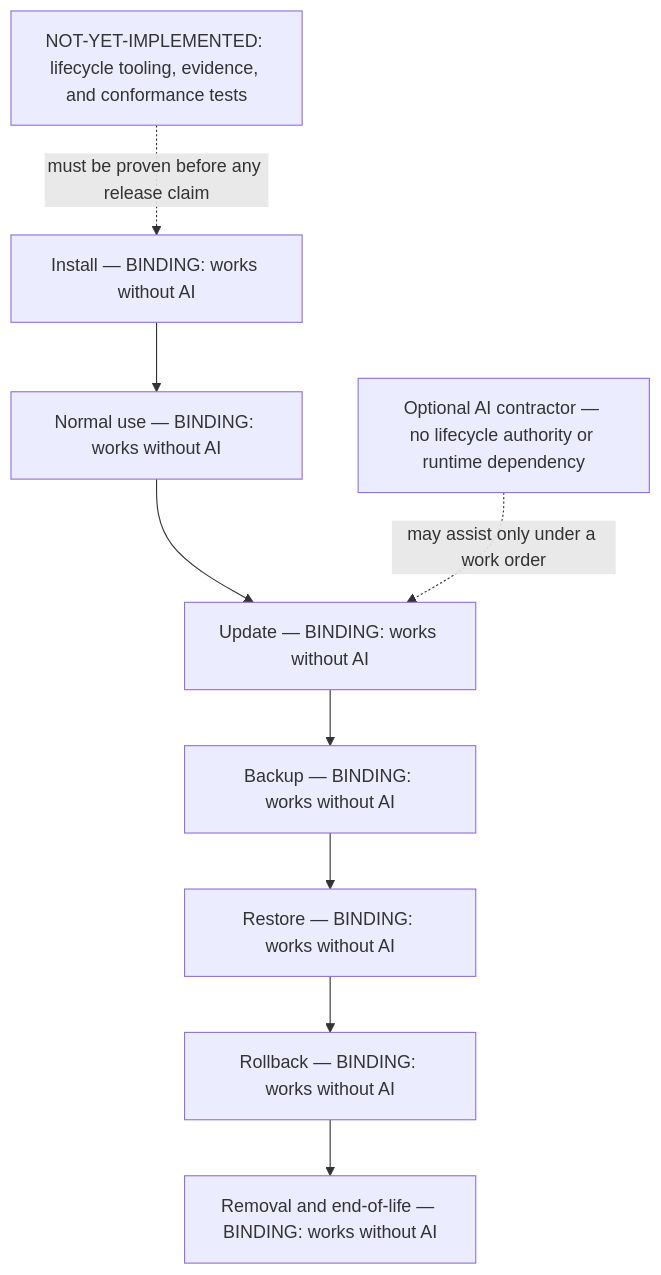
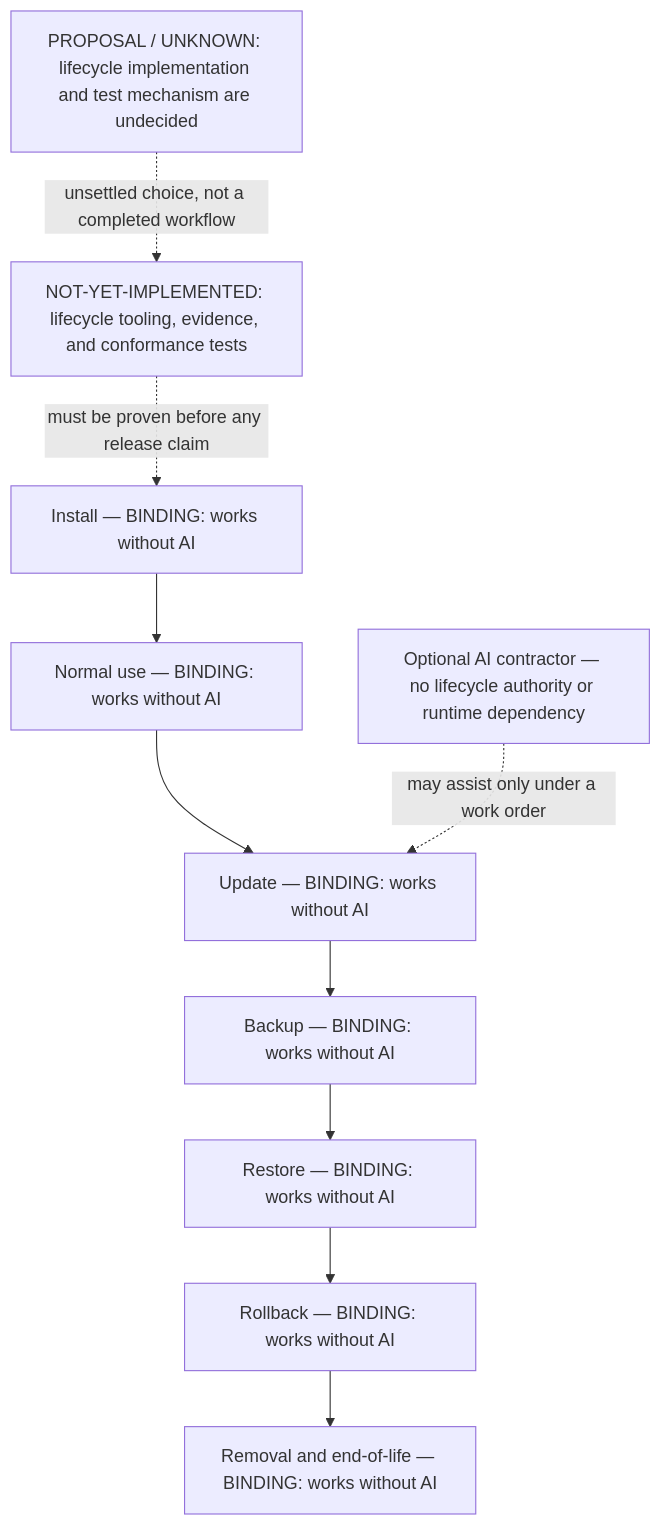
One commit to nissifield/ftlbird-waypoint changed the third of 4 diagrams in README.md. Above: the diagram before and after it, drawn with Mermaid. The commit also changed other lines of this file, not shown here.

Commit message:
docs: clarify diagram status and issue routing

````diff
--- a/README.md
+++ b/README.md
@@ -85,14 +89,16 @@
 ```mermaid
 flowchart TD
     install["Install — BINDING: works without AI"] --> use["Normal use — BINDING: works without AI"]
     use --> update["Update — BINDING: works without AI"]
     update --> backup["Backup — BINDING: works without AI"]
     backup --> restore["Restore — BINDING: works without AI"]
     restore --> rollback["Rollback — BINDING: works without AI"]
     rollback --> endoflife["Removal and end-of-life — BINDING: works without AI"]
     ai["Optional AI contractor — no lifecycle authority or runtime dependency"]
+    proposal["PROPOSAL / UNKNOWN: lifecycle implementation and test mechanism are undecided"]
     future["NOT-YET-IMPLEMENTED: lifecycle tooling, evidence, and conformance tests"]
 
     ai -. "may assist only under a work order" .-> update
+    proposal -. "unsettled choice, not a completed workflow" .-> future
     future -. "must be proven before any release claim" .-> install
 ```
````
